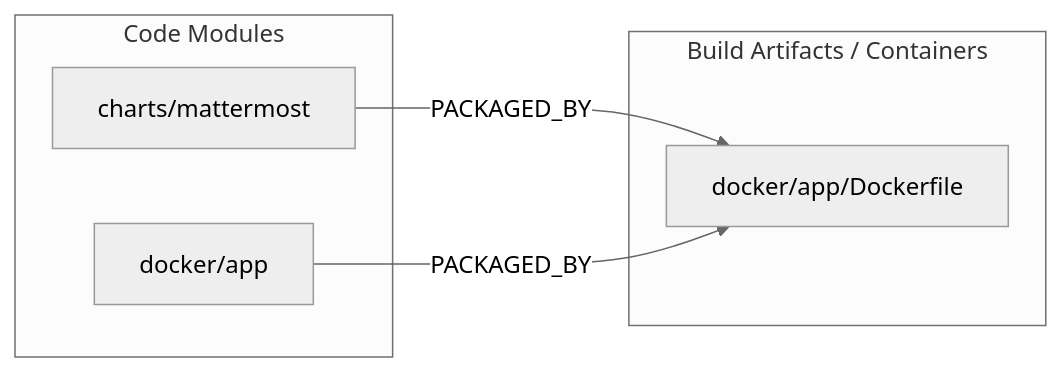
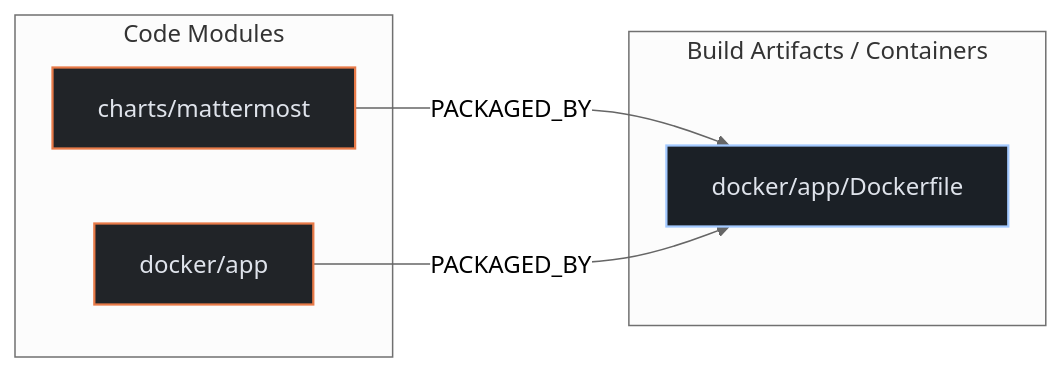
Before and after one commit to kumarshaz/atruss-code-atlas: the second of 3 diagrams in exports/latest/reports/mattermost-mattermost-helm-report.md, drawn with Mermaid (neutral theme). The commit also changed other lines of this file and 331 other files, not shown here.

Commit message:
docs,ui,fix: update SDLC docs, reorder CI/CD DAG first, stylize Mermaid, and fix Arc42 pipeline topology

````diff
--- a/exports/latest/reports/mattermost-mattermost-helm-report.md
+++ b/exports/latest/reports/mattermost-mattermost-helm-report.md
@@ -183,12 +190,16 @@
 ```mermaid
 flowchart LR
+    classDef atlasCategory fill:#212428,stroke:#E87A48,stroke-width:1.5px,color:#dfe3eb
+    classDef atlasWorkflow fill:#1b2026,stroke:#a3c9ff,stroke-width:1.5px,color:#dfe3eb
+    classDef atlasJob fill:#171c22,stroke:#8d9199,stroke-width:1px,color:#dfe3eb
+    classDef atlasTarget fill:#005227,stroke:#8bd99b,stroke-width:1.5px,color:#a7f6b6
     subgraph code_modules["Code Modules"]
-        mod_charts_mattermost["charts/mattermost"]
-        mod_docker_app["docker/app"]
+        mod_charts_mattermost["charts/mattermost"]:::atlasCategory
+        mod_docker_app["docker/app"]:::atlasCategory
     end
     subgraph build_artifacts["Build Artifacts / Containers"]
-        art_docker_app_Dockerfile["docker/app/Dockerfile"]
+        art_docker_app_Dockerfile["docker/app/Dockerfile"]:::atlasWorkflow
     end
     mod_charts_mattermost -->|PACKAGED_BY| art_docker_app_Dockerfile
     mod_docker_app -->|PACKAGED_BY| art_docker_app_Dockerfile
 ```
````
